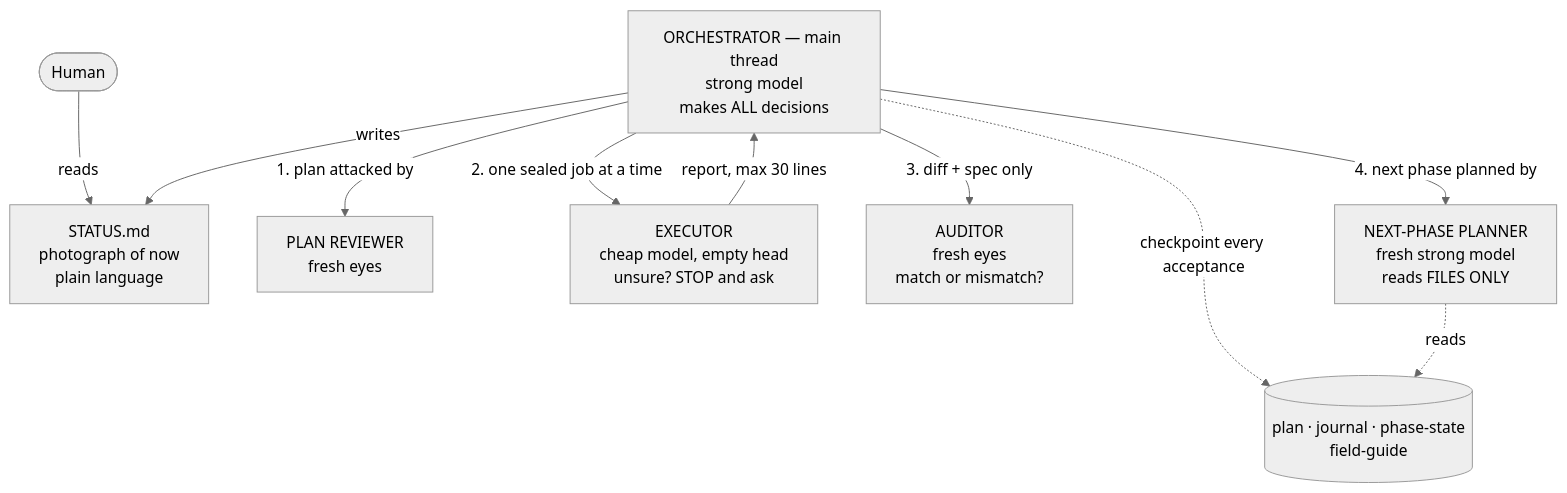
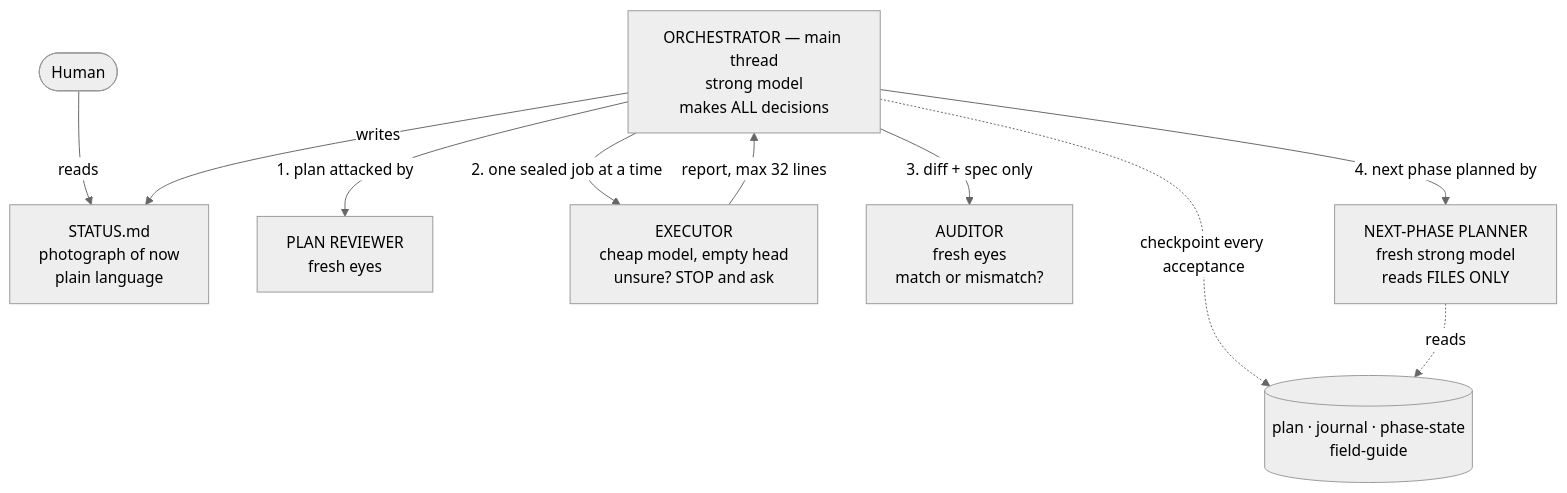
One commit to dkreinov/oplan changed the diagram in README.md. Above: the diagram before and after it, drawn with Mermaid (neutral theme). The commit also changed other lines of this file and 5 other files, not shown here.

````diff
--- a/README.md
+++ b/README.md
@@ -24,12 +24,12 @@
 ```mermaid
 flowchart TD
     USER([Human]) -->|reads| STATUS[STATUS.md<br/>photograph of now<br/>plain language]
     ORCH[ORCHESTRATOR — main thread<br/>strong model<br/>makes ALL decisions] -->|writes| STATUS
     ORCH -->|1. plan attacked by| REV[PLAN REVIEWER<br/>fresh eyes]
     ORCH -->|2. one sealed job at a time| EXEC[EXECUTOR<br/>cheap model, empty head<br/>unsure? STOP and ask]
-    EXEC -->|report, max 30 lines| ORCH
+    EXEC -->|report, max 32 lines| ORCH
     ORCH -->|3. diff + spec only| AUD[AUDITOR<br/>fresh eyes<br/>match or mismatch?]
     ORCH -->|4. next phase planned by| NEXT[NEXT-PHASE PLANNER<br/>fresh strong model<br/>reads FILES ONLY]
     ORCH -.->|checkpoint every acceptance| FILES[(plan · journal · phase-state<br/>field-guide)]
     NEXT -.->|reads| FILES
 ```
````
